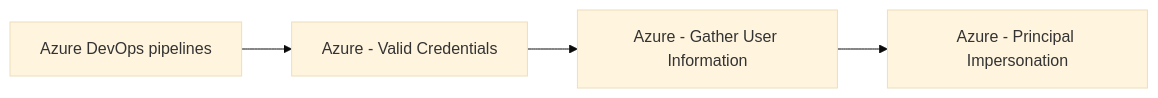
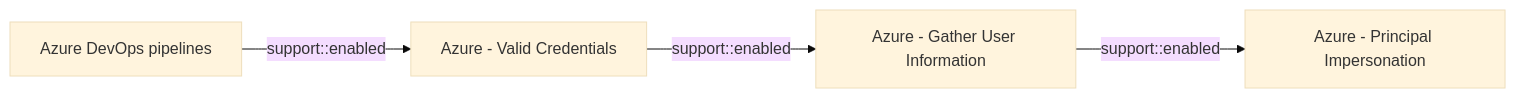
One commit to opentidehq/library changed the diagram in docs/threats/azure-devops-pipelines.md. Above: the diagram before and after it, drawn with Mermaid (base theme). The commit also changed other lines of this file and 277 other files, not shown here.

````diff
--- a/docs/threats/azure-devops-pipelines.md
+++ b/docs/threats/azure-devops-pipelines.md
@@ -67,10 +101,10 @@
 ```mermaid
 flowchart LR
 490a5d5d_5880_45bd_a05d_176878e0ae24["Azure DevOps pipelines"]
 2743bf18_3b86_4721_bf3e_153dcda0b149["Azure - Valid Credentials"]
 2900d389_3098_49d3_8166_5b2612d03576["Azure - Gather User Information"]
 bb2501d5_99c7_44a6_ac5a_9510102d6611["Azure - Principal Impersonation"]
-490a5d5d_5880_45bd_a05d_176878e0ae24 --> 2743bf18_3b86_4721_bf3e_153dcda0b149
-2743bf18_3b86_4721_bf3e_153dcda0b149 --> 2900d389_3098_49d3_8166_5b2612d03576
-2900d389_3098_49d3_8166_5b2612d03576 --> bb2501d5_99c7_44a6_ac5a_9510102d6611
+490a5d5d_5880_45bd_a05d_176878e0ae24 -->|support::enabled| 2743bf18_3b86_4721_bf3e_153dcda0b149
+2743bf18_3b86_4721_bf3e_153dcda0b149 -->|support::enabled| 2900d389_3098_49d3_8166_5b2612d03576
+2900d389_3098_49d3_8166_5b2612d03576 -->|support::enabled| bb2501d5_99c7_44a6_ac5a_9510102d6611
 ```
````
